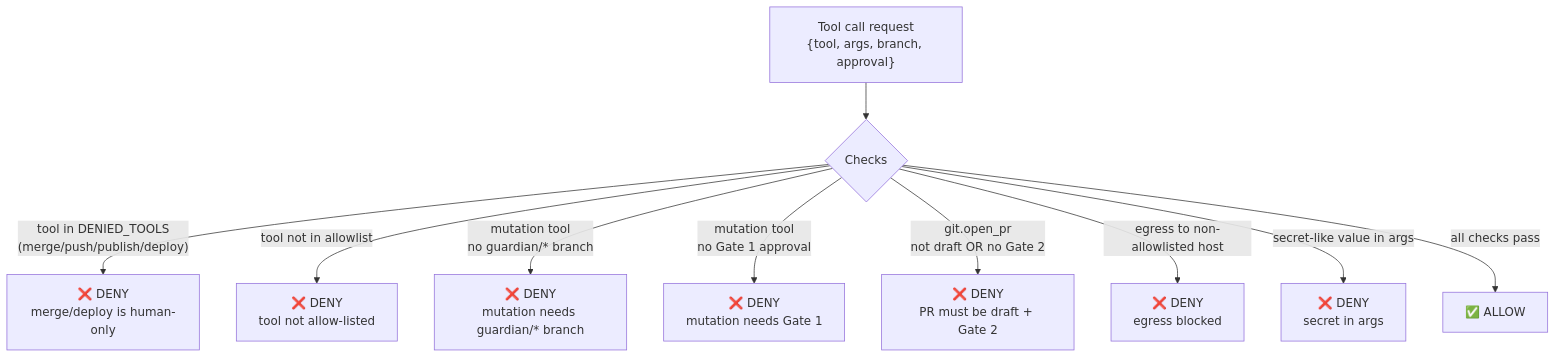
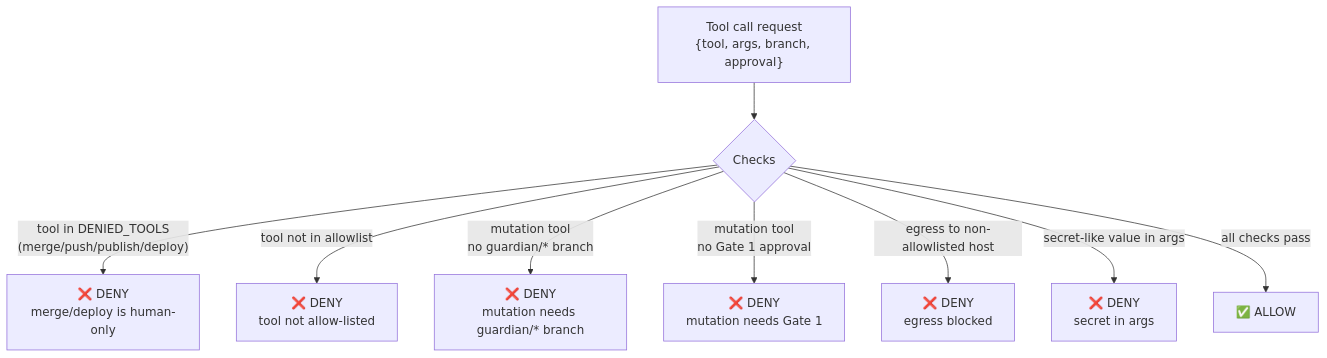
Before and after one commit to charanbandlamudi/Software-Supply-Chain-Guardian_Team-31: the fourth of 4 diagrams in guardian_v2_agent_flow.md, drawn with Mermaid. The commit also changed other lines of this file and 35 other files, not shown here.

````diff
--- a/guardian_v2_agent_flow.md
+++ b/guardian_v2_agent_flow.md
@@ -241,12 +241,11 @@
 ```mermaid
 flowchart TD
     REQ["Tool call request\n{tool, args, branch, approval}"] --> CHK{Checks}
     CHK -->|"tool in DENIED_TOOLS\n(merge/push/publish/deploy)"| DENY1["❌ DENY\nmerge/deploy is human-only"]
     CHK -->|"tool not in allowlist"| DENY2["❌ DENY\ntool not allow-listed"]
     CHK -->|"mutation tool\nno guardian/* branch"| DENY3["❌ DENY\nmutation needs guardian/* branch"]
     CHK -->|"mutation tool\nno Gate 1 approval"| DENY4["❌ DENY\nmutation needs Gate 1"]
-    CHK -->|"git.open_pr\nnot draft OR no Gate 2"| DENY5["❌ DENY\nPR must be draft + Gate 2"]
     CHK -->|"egress to non-allowlisted host"| DENY6["❌ DENY\negress blocked"]
     CHK -->|"secret-like value in args"| DENY7["❌ DENY\nsecret in args"]
     CHK -->|"all checks pass"| ALLOW["✅ ALLOW"]
 ```
````
